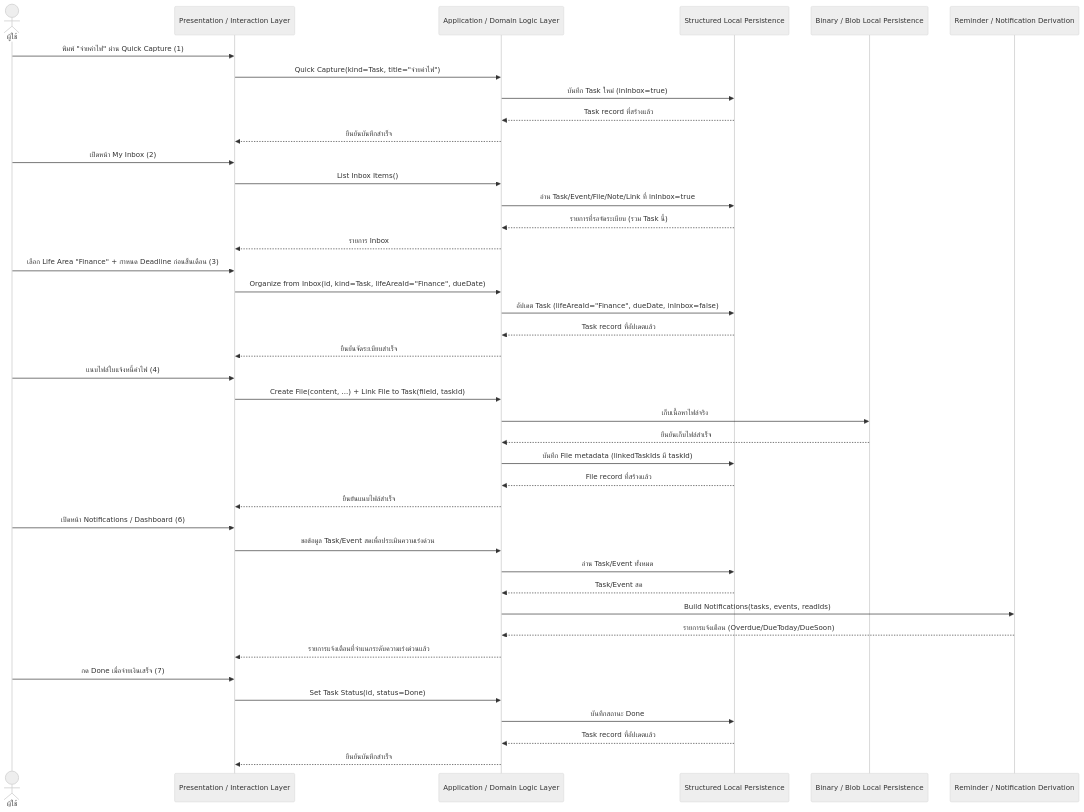
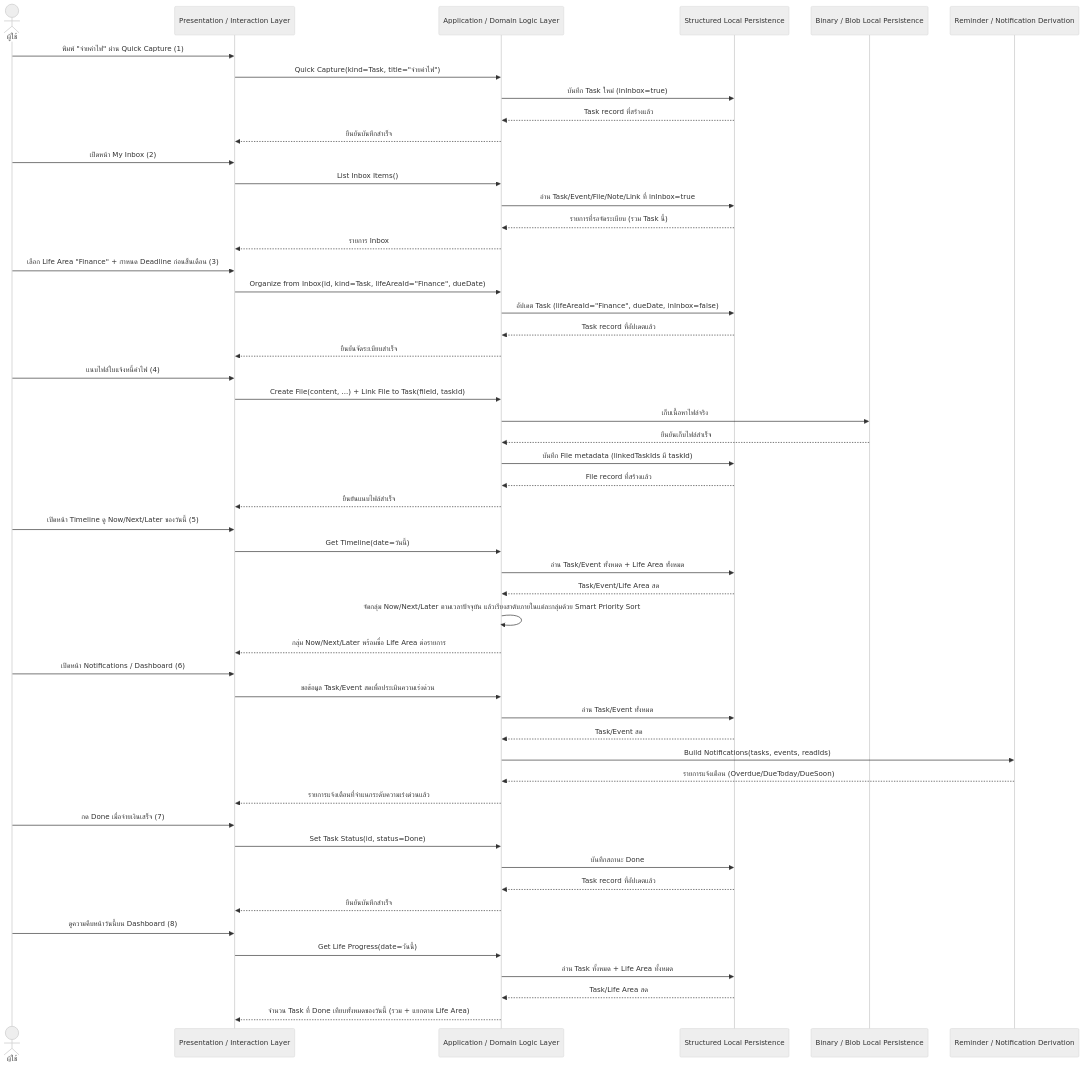
One commit to sirikorn-cmru/My-Today-Project changed the second of 6 diagrams in .docs/02-design/02-technical/detailed-design.md. Above: the diagram before and after it, drawn with Mermaid (neutral theme). The commit also changed other lines of this file and 8 other files, not shown here.

````diff
--- a/.docs/02-design/02-technical/detailed-design.md
+++ b/.docs/02-design/02-technical/detailed-design.md
@@ -94,49 +109,62 @@
 ```mermaid
 sequenceDiagram
     actor User as ผู้ใช้
     participant Presentation as Presentation / Interaction Layer
     participant Domain as Application / Domain Logic Layer
     participant StructPersist as Structured Local Persistence
     participant BlobPersist as Binary / Blob Local Persistence
     participant Reminder as Reminder / Notification Derivation
 
     User->>Presentation: พิมพ์ "จ่ายค่าไฟ" ผ่าน Quick Capture (1)
     Presentation->>Domain: Quick Capture(kind=Task, title="จ่ายค่าไฟ")
     Domain->>StructPersist: บันทึก Task ใหม่ (inInbox=true)
     StructPersist-->>Domain: Task record ที่สร้างแล้ว
     Domain-->>Presentation: ยืนยันบันทึกสำเร็จ
 
     User->>Presentation: เปิดหน้า My Inbox (2)
     Presentation->>Domain: List Inbox Items()
     Domain->>StructPersist: อ่าน Task/Event/File/Note/Link ที่ inInbox=true
     StructPersist-->>Domain: รายการที่รอจัดระเบียบ (รวม Task นี้)
     Domain-->>Presentation: รายการ Inbox
 
     User->>Presentation: เลือก Life Area "Finance" + กำหนด Deadline ก่อนสิ้นเดือน (3)
     Presentation->>Domain: Organize from Inbox(id, kind=Task, lifeAreaId="Finance", dueDate)
     Domain->>StructPersist: อัปเดต Task (lifeAreaId="Finance", dueDate, inInbox=false)
     StructPersist-->>Domain: Task record ที่อัปเดตแล้ว
     Domain-->>Presentation: ยืนยันจัดระเบียบสำเร็จ
 
     User->>Presentation: แนบไฟล์ใบแจ้งหนี้ค่าไฟ (4)
     Presentation->>Domain: Create File(content, ...) + Link File to Task(fileId, taskId)
     Domain->>BlobPersist: เก็บเนื้อหาไฟล์จริง
     BlobPersist-->>Domain: ยืนยันเก็บไฟล์สำเร็จ
     Domain->>StructPersist: บันทึก File metadata (linkedTaskIds มี taskId)
     StructPersist-->>Domain: File record ที่สร้างแล้ว
     Domain-->>Presentation: ยืนยันแนบไฟล์สำเร็จ
 
+    User->>Presentation: เปิดหน้า Timeline ดู Now/Next/Later ของวันนี้ (5)
+    Presentation->>Domain: Get Timeline(date=วันนี้)
+    Domain->>StructPersist: อ่าน Task/Event ทั้งหมด + Life Area ทั้งหมด
+    StructPersist-->>Domain: Task/Event/Life Area สด
+    Domain->>Domain: จัดกลุ่ม Now/Next/Later ตามเวลาปัจจุบัน แล้วเรียงลำดับภายในแต่ละกลุ่มด้วย Smart Priority Sort
+    Domain-->>Presentation: กลุ่ม Now/Next/Later พร้อมชื่อ Life Area ต่อรายการ
+
     User->>Presentation: เปิดหน้า Notifications / Dashboard (6)
     Presentation->>Domain: ขอข้อมูล Task/Event สดเพื่อประเมินความเร่งด่วน
     Domain->>StructPersist: อ่าน Task/Event ทั้งหมด
     StructPersist-->>Domain: Task/Event สด
     Domain->>Reminder: Build Notifications(tasks, events, readIds)
     Reminder-->>Domain: รายการแจ้งเตือน (Overdue/DueToday/DueSoon)
     Domain-->>Presentation: รายการแจ้งเตือนที่จำแนกระดับความเร่งด่วนแล้ว
 
     User->>Presentation: กด Done เมื่อจ่ายเงินเสร็จ (7)
     Presentation->>Domain: Set Task Status(id, status=Done)
     Domain->>StructPersist: บันทึกสถานะ Done
     StructPersist-->>Domain: Task record ที่อัปเดตแล้ว
     Domain-->>Presentation: ยืนยันบันทึกสำเร็จ
+
+    User->>Presentation: ดูความคืบหน้าวันนี้บน Dashboard (8)
+    Presentation->>Domain: Get Life Progress(date=วันนี้)
+    Domain->>StructPersist: อ่าน Task ทั้งหมด + Life Area ทั้งหมด
+    StructPersist-->>Domain: Task/Life Area สด
+    Domain-->>Presentation: จำนวน Task ที่ Done เทียบทั้งหมดของวันนี้ (รวม + แยกตาม Life Area)
 ```
````
